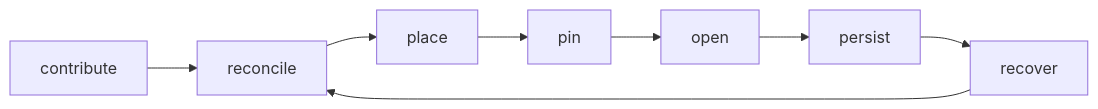
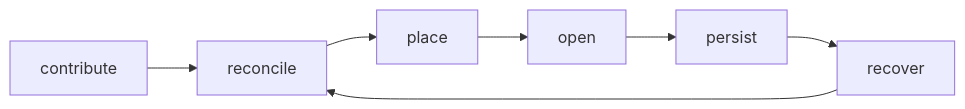
One commit to ifplusor/prac changed the first of 3 diagrams in .agents/notes/in-progress/2026-11-05-tech-widget.md. Above: the diagram before and after it, drawn with Mermaid. The commit also changed other lines of this file and 1 other file, not shown here.

````diff
--- a/.agents/notes/in-progress/2026-11-05-tech-widget.md
+++ b/.agents/notes/in-progress/2026-11-05-tech-widget.md
@@ -175,10 +94,9 @@
 ```mermaid
 flowchart LR
   C[contribute] --> R[reconcile]
   R --> P[place]
-  P --> D[pin]
-  D --> O[open]
+  P --> O[open]
   O --> S[persist]
   S --> V[recover]
   V --> R
 ```
````
